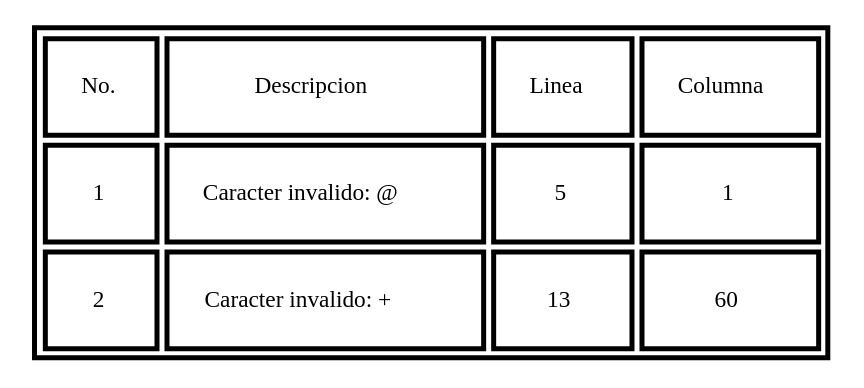
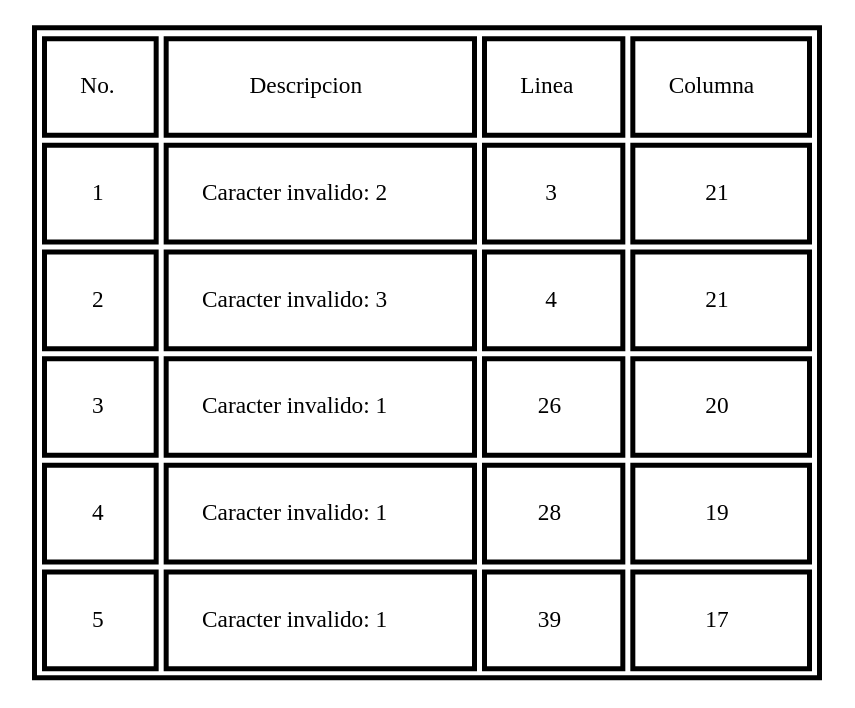
The diagram in errores.dot (kevinmp2/LFP_PROYECTO2_202103206), drawn with Graphviz before and after one commit. The commit also changed 15 other files, not shown here.

```diff
--- a/errores.dot
+++ b/errores.dot
@@ -1,1 +1,1 @@
-digraph G {a0[shape=none label=<<TABLE align="center" border="3" cellspacing="3" cellpadding="20"><TR><TD><FONT FACE="bold">No.</FONT></TD><TD><FONT FACE="bold">Descripcion</FONT></TD><TD><FONT FACE="bold">Linea</FONT></TD><TD><FONT FACE="bold">Columna</FONT></TD></TR><TR><TD>1</TD><TD>Caracter invalido: @</TD><TD>5</TD><TD>1</TD></TR><TR><TD>2</TD><TD>Caracter invalido: +</TD><TD>13</TD><TD>60</TD></TR></TABLE>>];}
+digraph G {a0[shape=none label=<<TABLE align="center" border="3" cellspacing="3" cellpadding="20"><TR><TD><FONT FACE="bold">No.</FONT></TD><TD><FONT FACE="bold">Descripcion</FONT></TD><TD><FONT FACE="bold">Linea</FONT></TD><TD><FONT FACE="bold">Columna</FONT></TD></TR><TR><TD>1</TD><TD>Caracter invalido: 2</TD><TD>3</TD><TD>21</TD></TR><TR><TD>2</TD><TD>Caracter invalido: 3</TD><TD>4</TD><TD>21</TD></TR><TR><TD>3</TD><TD>Caracter invalido: 1</TD><TD>26</TD><TD>20</TD></TR><TR><TD>4</TD><TD>Caracter invalido: 1</TD><TD>28</TD><TD>19</TD></TR><TR><TD>5</TD><TD>Caracter invalido: 1</TD><TD>39</TD><TD>17</TD></TR></TABLE>>];}
```
